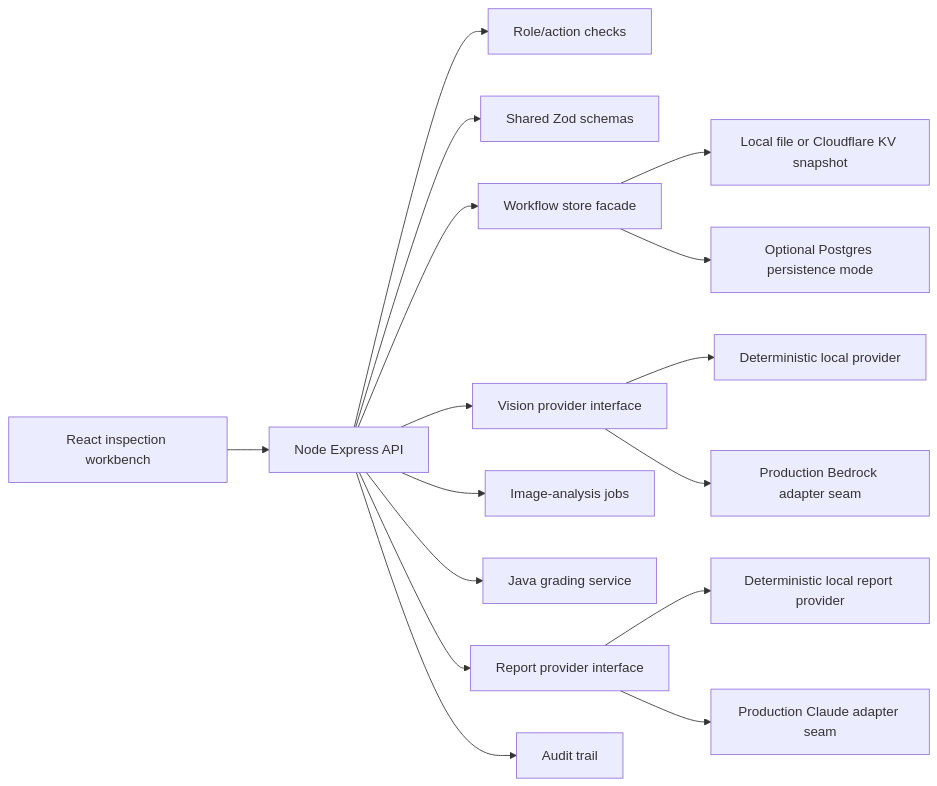
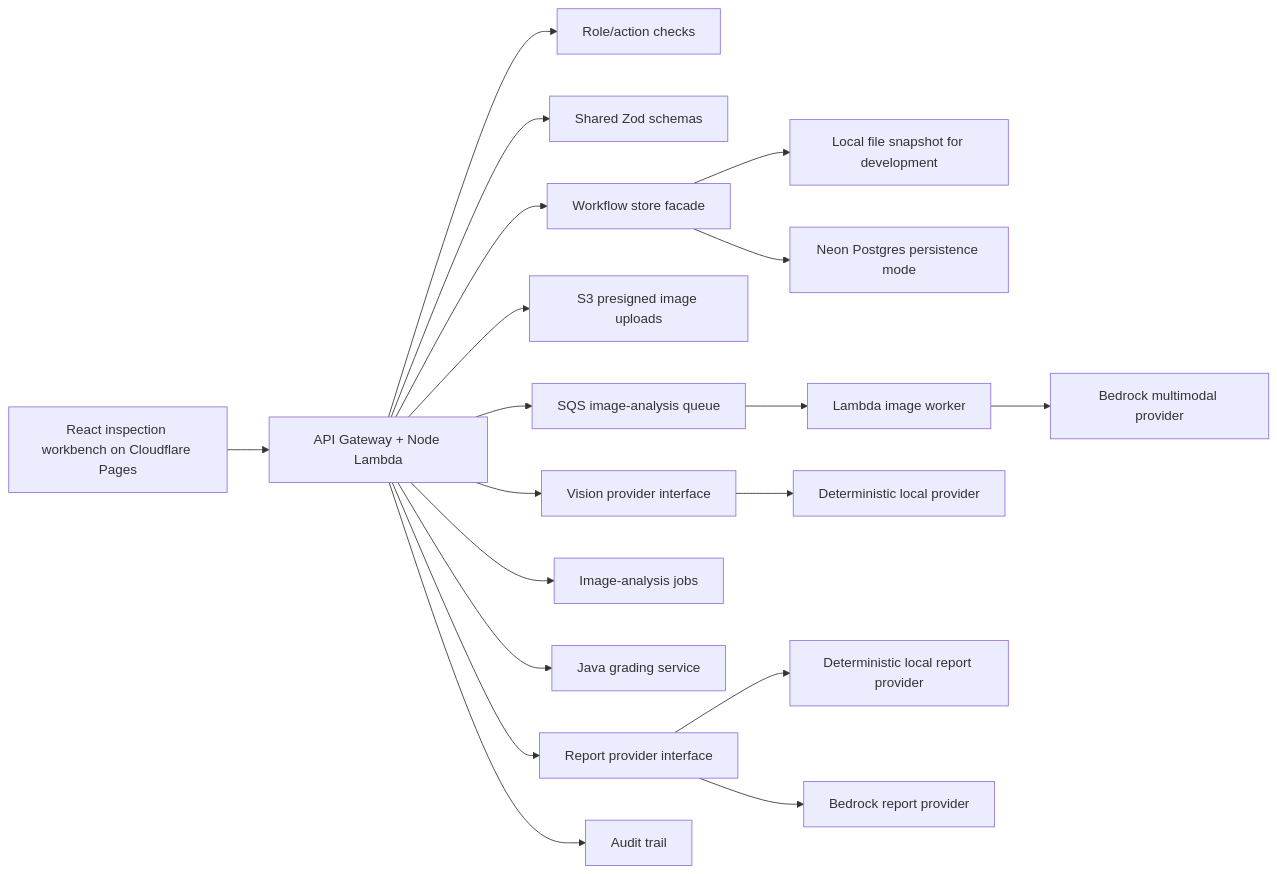
One commit to manynames3/inspectiq changed the diagram in docs/architecture.md. Above: the diagram before and after it, drawn with Mermaid. The commit also changed other lines of this file and 40 other files, not shown here.

````diff
--- a/docs/architecture.md
+++ b/docs/architecture.md
@@ -9,18 +9,21 @@
 ```mermaid
 flowchart LR
-  UI[React inspection workbench] --> API[Node Express API]
+  UI[React inspection workbench on Cloudflare Pages] --> API[API Gateway + Node Lambda]
   API --> RBAC[Role/action checks]
   API --> Schemas[Shared Zod schemas]
   API --> Store[Workflow store facade]
-  Store --> FileKV[Local file or Cloudflare KV snapshot]
-  Store --> PG[Optional Postgres persistence mode]
+  Store --> FileStore[Local file snapshot for development]
+  Store --> PG[Neon Postgres persistence mode]
+  API --> S3[S3 presigned image uploads]
+  API --> Queue[SQS image-analysis queue]
+  Queue --> Worker[Lambda image worker]
   API --> Vision[Vision provider interface]
   Vision --> LocalVision[Deterministic local provider]
-  Vision --> BedrockVision[Production Bedrock adapter seam]
+  Worker --> BedrockVision[Bedrock multimodal provider]
   API --> Jobs[Image-analysis jobs]
   API --> Java[Java grading service]
   API --> Report[Report provider interface]
   Report --> LocalReport[Deterministic local report provider]
-  Report --> BedrockReport[Production Claude adapter seam]
+  Report --> BedrockReport[Bedrock report provider]
   API --> Audit[Audit trail]
 ```
````
